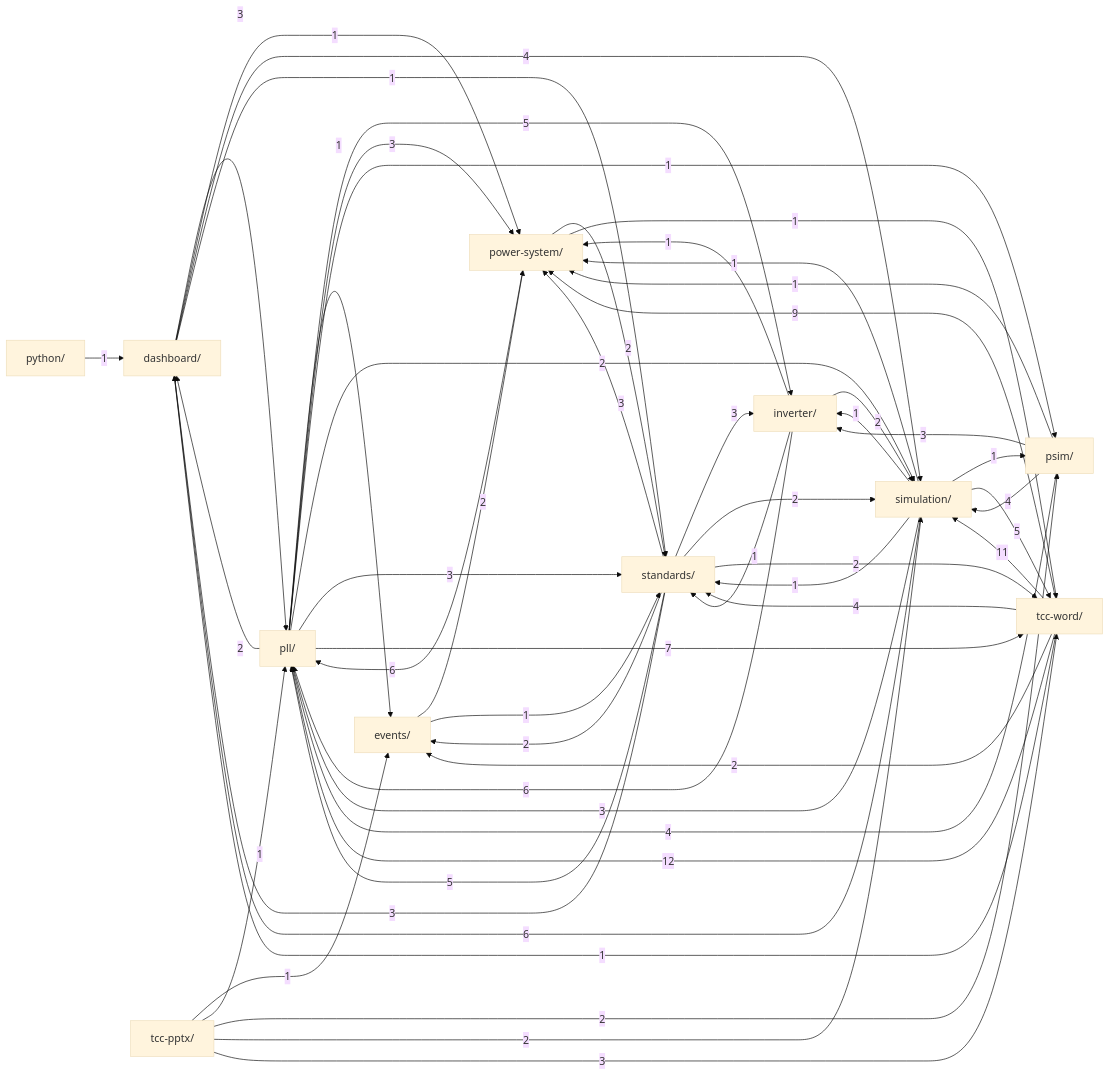
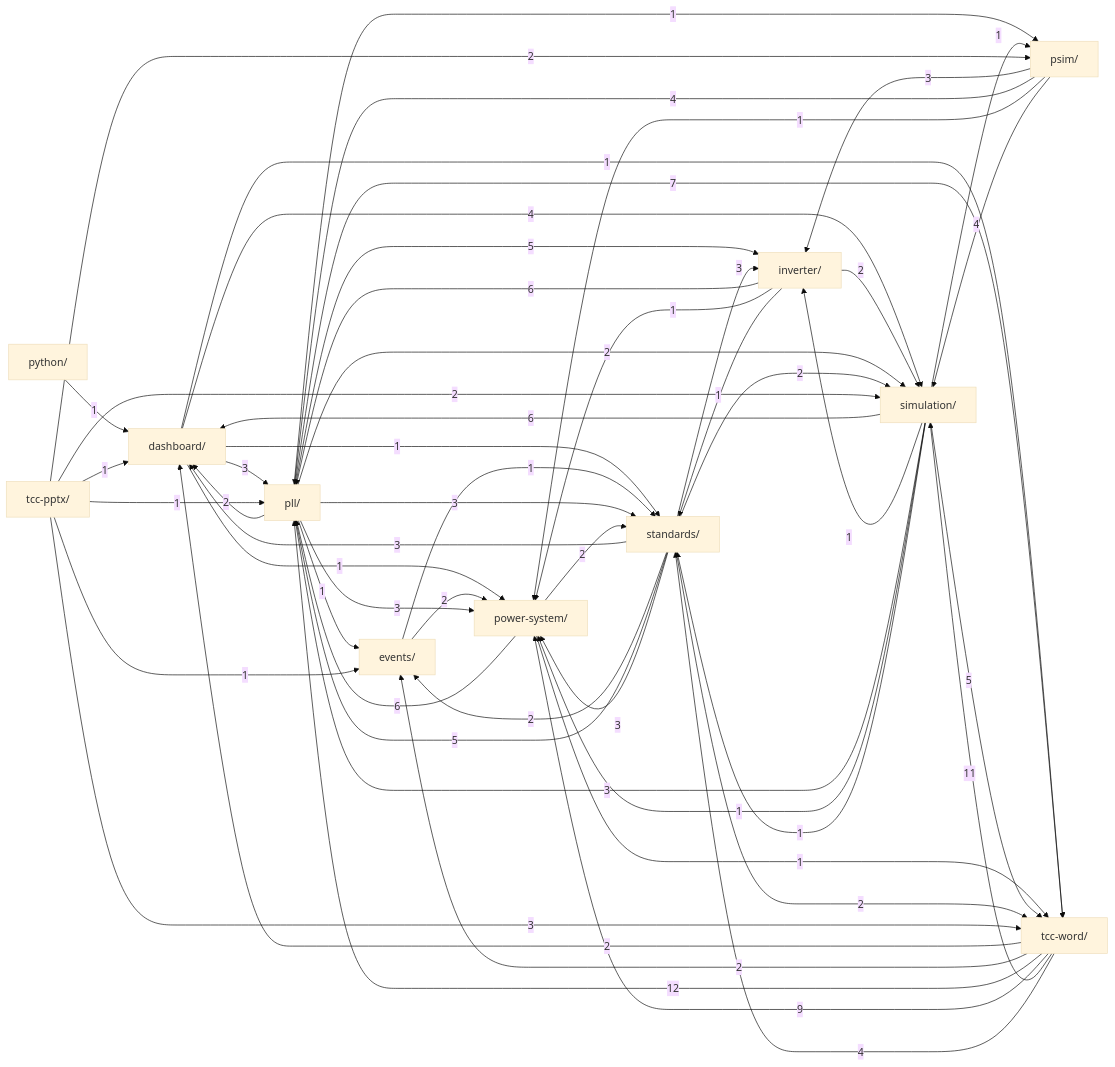
One commit to GGHB0/pll_stability_9bus changed the diagram in .claude/kb/grafo.md. Above: the diagram before and after it, drawn with Mermaid (base theme). The commit also changed 22 other files, not shown here.

````diff
--- a/.claude/kb/grafo.md
+++ b/.claude/kb/grafo.md
@@ -12,65 +12,67 @@
 ```mermaid
 graph LR
     dashboard["dashboard/"]
     events["events/"]
     inverter["inverter/"]
     pll["pll/"]
     power_system["power-system/"]
     psim["psim/"]
     python["python/"]
     simulation["simulation/"]
     standards["standards/"]
     tcc_pptx["tcc-pptx/"]
     tcc_word["tcc-word/"]
     dashboard -->|3| pll
     dashboard -->|1| power_system
     dashboard -->|4| simulation
     dashboard -->|1| standards
+    dashboard -->|1| tcc_word
     events -->|2| power_system
     events -->|1| standards
     inverter -->|6| pll
     inverter -->|1| power_system
     inverter -->|2| simulation
     inverter -->|1| standards
     pll -->|2| dashboard
     pll -->|1| events
     pll -->|5| inverter
     pll -->|3| power_system
     pll -->|1| psim
     pll -->|2| simulation
     pll -->|3| standards
     pll -->|7| tcc_word
     power_system -->|6| pll
     power_system -->|2| standards
     power_system -->|1| tcc_word
     psim -->|3| inverter
     psim -->|4| pll
     psim -->|1| power_system
     psim -->|4| simulation
     python -->|1| dashboard
     simulation -->|6| dashboard
     simulation -->|1| inverter
     simulation -->|3| pll
     simulation -->|1| power_system
     simulation -->|1| psim
     simulation -->|1| standards
     simulation -->|5| tcc_word
     standards -->|3| dashboard
     standards -->|2| events
     standards -->|3| inverter
     standards -->|5| pll
     standards -->|3| power_system
     standards -->|2| simulation
     standards -->|2| tcc_word
+    tcc_pptx -->|1| dashboard
     tcc_pptx -->|1| events
     tcc_pptx -->|1| pll
     tcc_pptx -->|2| psim
     tcc_pptx -->|2| simulation
     tcc_pptx -->|3| tcc_word
-    tcc_word -->|1| dashboard
+    tcc_word -->|2| dashboard
     tcc_word -->|2| events
     tcc_word -->|12| pll
     tcc_word -->|9| power_system
     tcc_word -->|11| simulation
     tcc_word -->|4| standards
 ```
````
